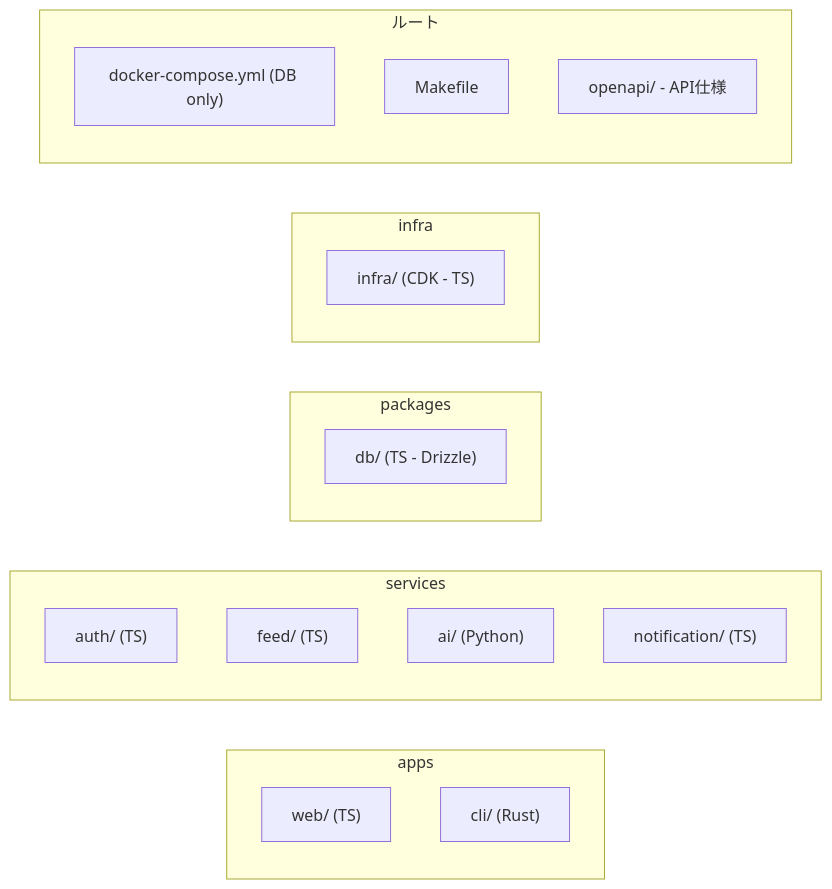
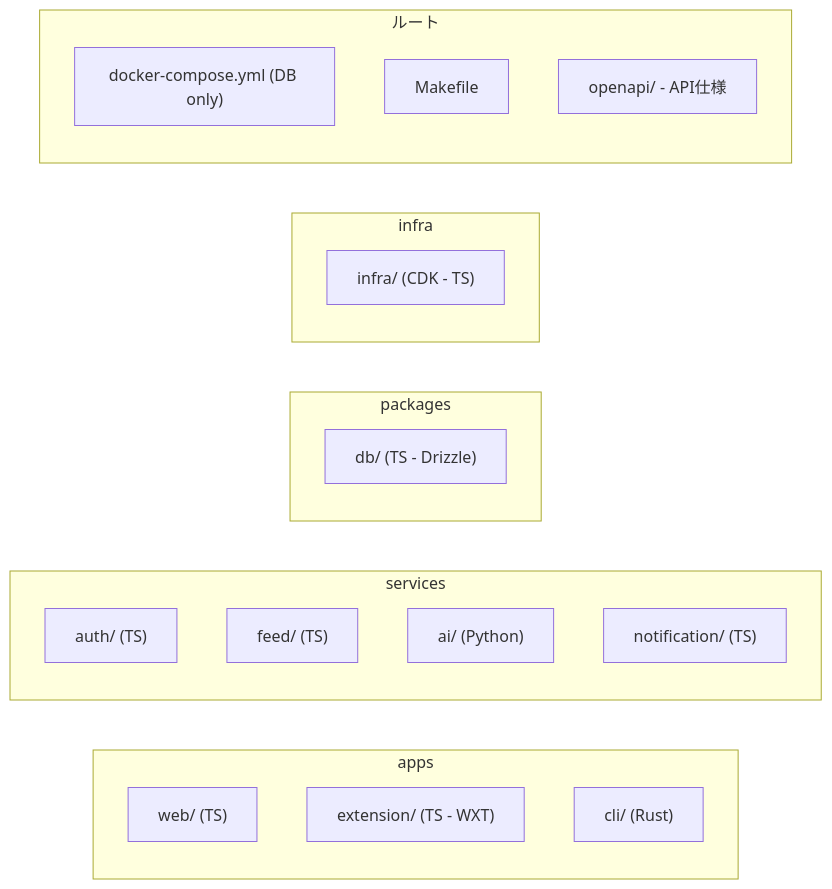
One commit to sori883/bookmark-rss-tyoukan changed the second of 4 diagrams in docs/02.技術設計.md. Above: the diagram before and after it, drawn with Mermaid. The commit also changed other lines of this file and 22 other files, not shown here.

````diff
--- a/docs/02.技術設計.md
+++ b/docs/02.技術設計.md
@@ -158,24 +172,25 @@
 ```mermaid
 graph LR
     subgraph apps
         web["web/ (TS)"]
+        ext["extension/ (TS - WXT)"]
         cli["cli/ (Rust)"]
     end
     subgraph services
         auth["auth/ (TS)"]
         feed["feed/ (TS)"]
         ai["ai/ (Python)"]
         notification["notification/ (TS)"]
     end
     subgraph packages
         db["db/ (TS - Drizzle)"]
     end
     subgraph infra
         cdk["infra/ (CDK - TS)"]
     end
     subgraph root[ルート]
         compose["docker-compose.yml (DB only)"]
         makefile[Makefile]
         openapi["openapi/ - API仕様"]
     end
 ```
````
